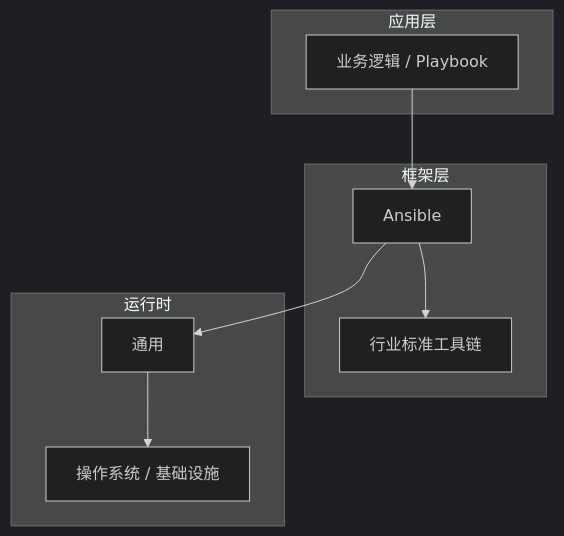
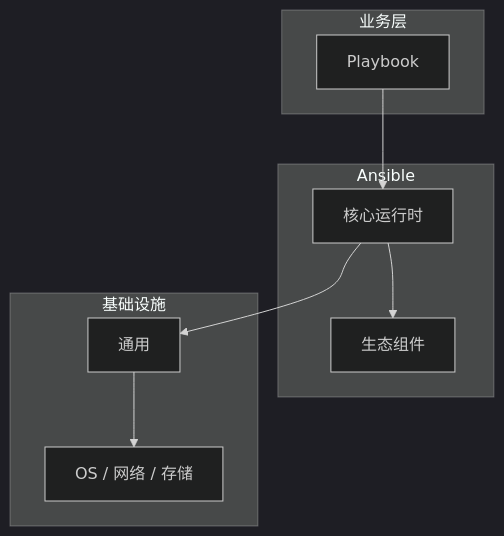
Before and after one commit to yanggan2015/knowledge-json-v2: the diagram in articles/Ansible/chapters/016-Playbook核心概念与原理.md, drawn with Mermaid (dark theme). The commit also changed other lines of this file and 10127 other files, not shown here.

````diff
--- a/articles/Ansible/chapters/016-Playbook核心概念与原理.md
+++ b/articles/Ansible/chapters/016-Playbook核心概念与原理.md
@@ -45,18 +34,18 @@
 ```mermaid
 graph TB
-    subgraph 应用层
-        A[业务逻辑 / Playbook]
+    subgraph 业务层
+        A[Playbook]
     end
-    subgraph 框架层
-        B[Ansible]
-        C[行业标准工具链]
+    subgraph Ansible
+        B[核心运行时]
+        C[生态组件]
     end
-    subgraph 运行时
+    subgraph 基础设施
         D[通用]
-        E[操作系统 / 基础设施]
+        E[OS / 网络 / 存储]
     end
     A --> B
     B --> C
     B --> D
     D --> E
 ```
````
